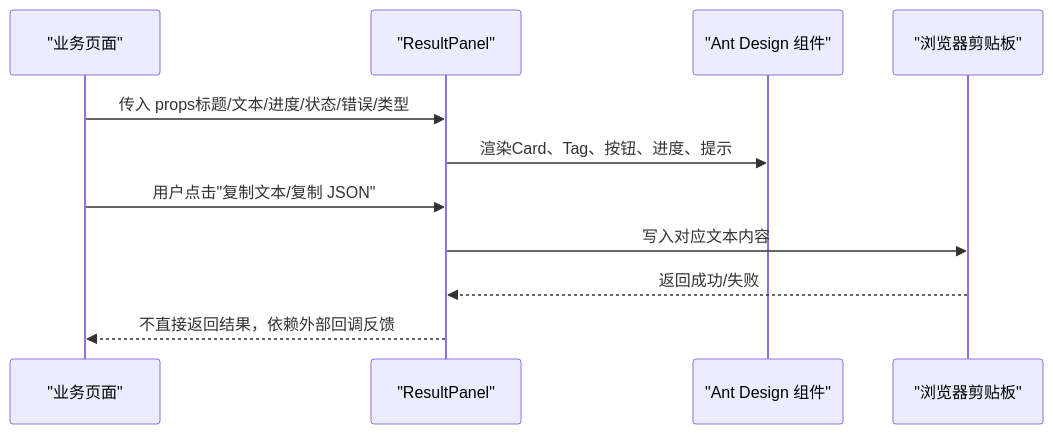
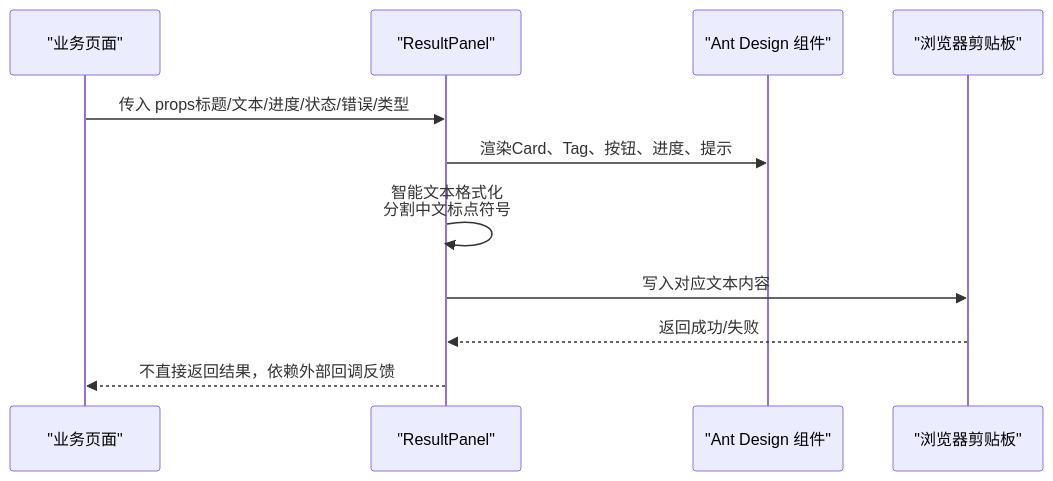
The second of 4 diagrams in .qoder/repowiki/zh/content/前端组件架构/UI 组件.md (hanksd769-droid/sailshub), drawn with Mermaid before and after one commit. The commit also changed other lines of this file and 3 other files, not shown here.

````diff
--- a/.qoder/repowiki/zh/content/前端组件架构/UI 组件.md
+++ b/.qoder/repowiki/zh/content/前端组件架构/UI 组件.md
@@ -114,13 +116,13 @@
 ```mermaid
 sequenceDiagram
 participant Page as "业务页面"
 participant Panel as "ResultPanel"
 participant AntD as "Ant Design 组件"
 participant Clipboard as "浏览器剪贴板"
 Page->>Panel : 传入 props标题/文本/进度/状态/错误/类型
 Panel->>AntD : 渲染Card、Tag、按钮、进度、提示
-Page->>Panel : 用户点击"复制文本/复制 JSON"
+Panel->>Panel : 智能文本格式化<br/>分割中文标点符号
 Panel->>Clipboard : 写入对应文本内容
 Clipboard-->>Panel : 返回成功/失败
 Panel-->>Page : 不直接返回结果，依赖外部回调反馈
 ```
````
